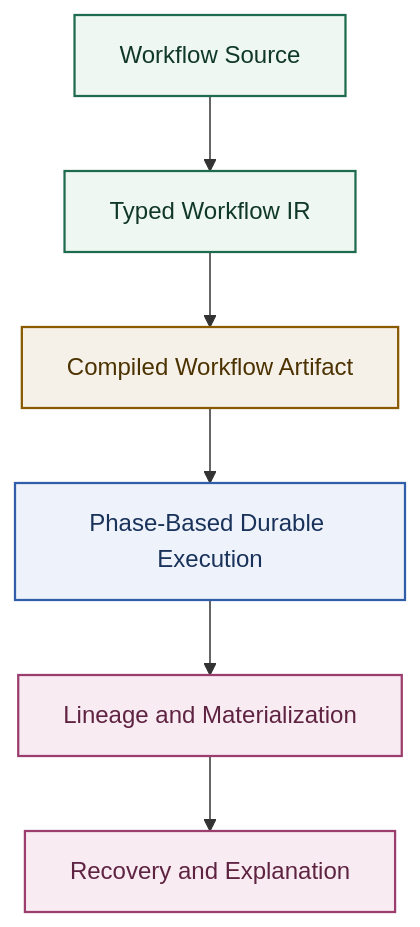
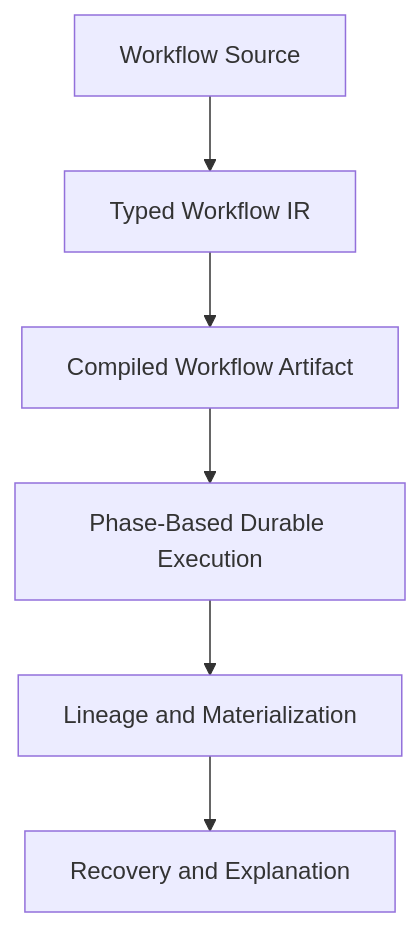
One commit to Digimuoto/cortex changed the diagram in docs/Publications/Paper-3-graph-substitution-semantics/Figures/layered-semantic-architecture.mmd. Above: the diagram before and after it, drawn with Mermaid. The commit also changed 151 other files, not shown here.

```diff
--- a/docs/Publications/Paper-3-graph-substitution-semantics/Figures/layered-semantic-architecture.mmd
+++ b/docs/Publications/Paper-3-graph-substitution-semantics/Figures/layered-semantic-architecture.mmd
@@ -1,16 +1,6 @@
 flowchart TD
     A["Workflow Source"] --> B["Typed Workflow IR"]
     B --> C["Compiled Workflow Artifact"]
     C --> D["Phase-Based Durable Execution"]
     D --> E["Lineage and Materialization"]
     E --> F["Recovery and Explanation"]
-
-    classDef semantic fill:#eef7f2,stroke:#1f6b4f,color:#103827,stroke-width:1.5px;
-    classDef compiled fill:#f6f1e8,stroke:#8a5a00,color:#4b3200,stroke-width:1.5px;
-    classDef runtime fill:#eef2fb,stroke:#315ea8,color:#19325a,stroke-width:1.5px;
-    classDef durability fill:#f8ebf2,stroke:#9b3d6d,color:#5f2342,stroke-width:1.5px;
-
-    class A,B semantic;
-    class C compiled;
-    class D runtime;
-    class E,F durability;
```
